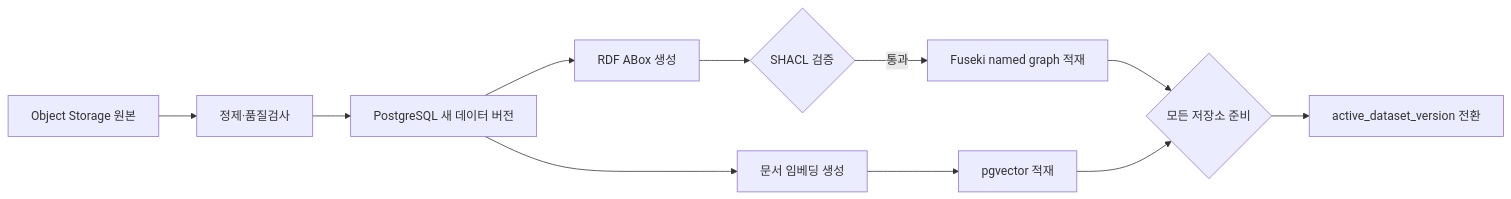
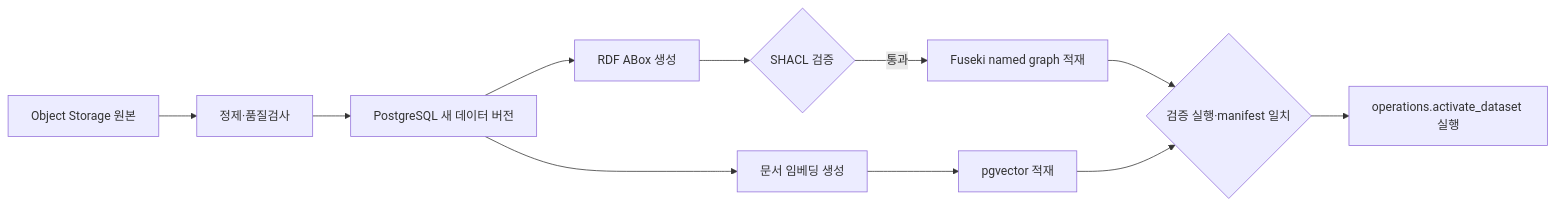
The second of 2 diagrams in docs/planning/architecture/NCP_DEPLOYMENT_ARCHITECTURE.md (wodnjsv/financial-product-analyst), drawn with Mermaid before and after one commit. The commit also changed other lines of this file and 1 other file, not shown here.

````diff
--- a/docs/planning/architecture/NCP_DEPLOYMENT_ARCHITECTURE.md
+++ b/docs/planning/architecture/NCP_DEPLOYMENT_ARCHITECTURE.md
@@ -262,13 +281,13 @@
 ```mermaid
 flowchart LR
     RAW["Object Storage 원본"] --> CLEAN["정제·품질검사"]
     CLEAN --> PG["PostgreSQL 새 데이터 버전"]
     PG --> RDF["RDF ABox 생성"]
     RDF --> SHACL{"SHACL 검증"}
     SHACL -->|통과| FUSEKI["Fuseki named graph 적재"]
     PG --> EMB["문서 임베딩 생성"]
     EMB --> VECTOR["pgvector 적재"]
-    FUSEKI --> READY{"모든 저장소 준비"}
+    FUSEKI --> READY{"검증 실행·manifest 일치"}
     VECTOR --> READY
-    READY --> ACTIVE["active_dataset_version 전환"]
+    READY --> ACTIVE["operations.activate_dataset 실행"]
 ```
````
